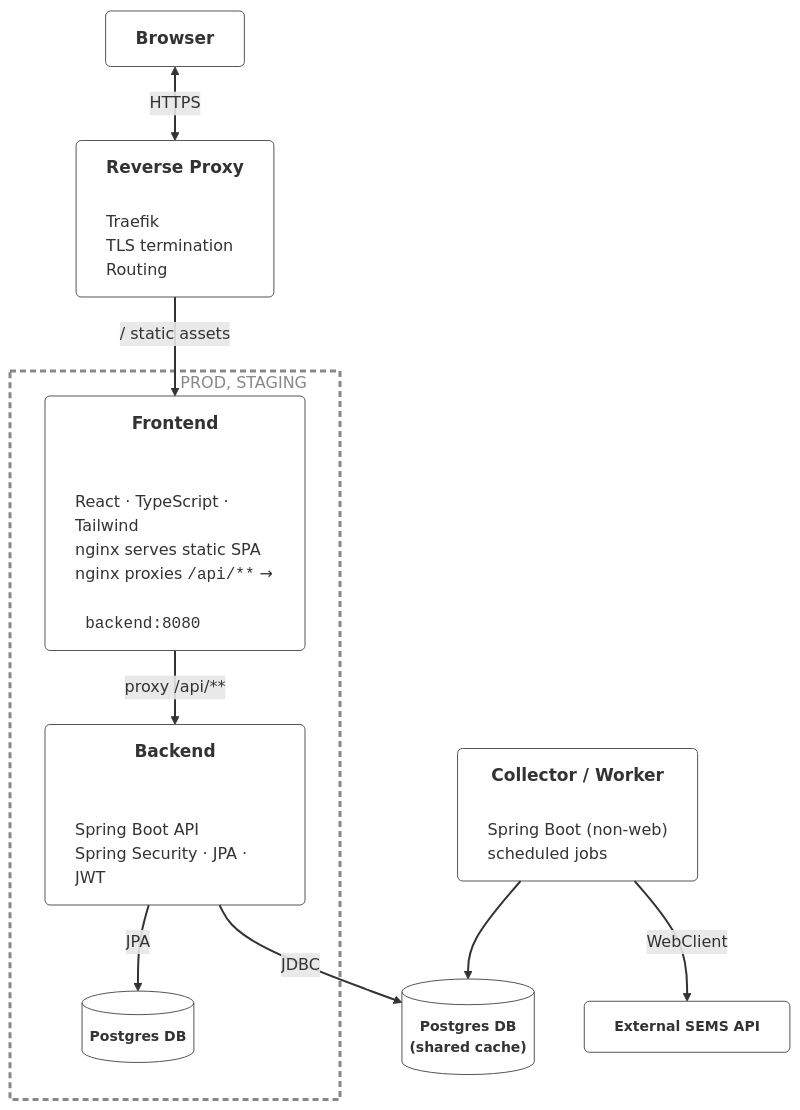
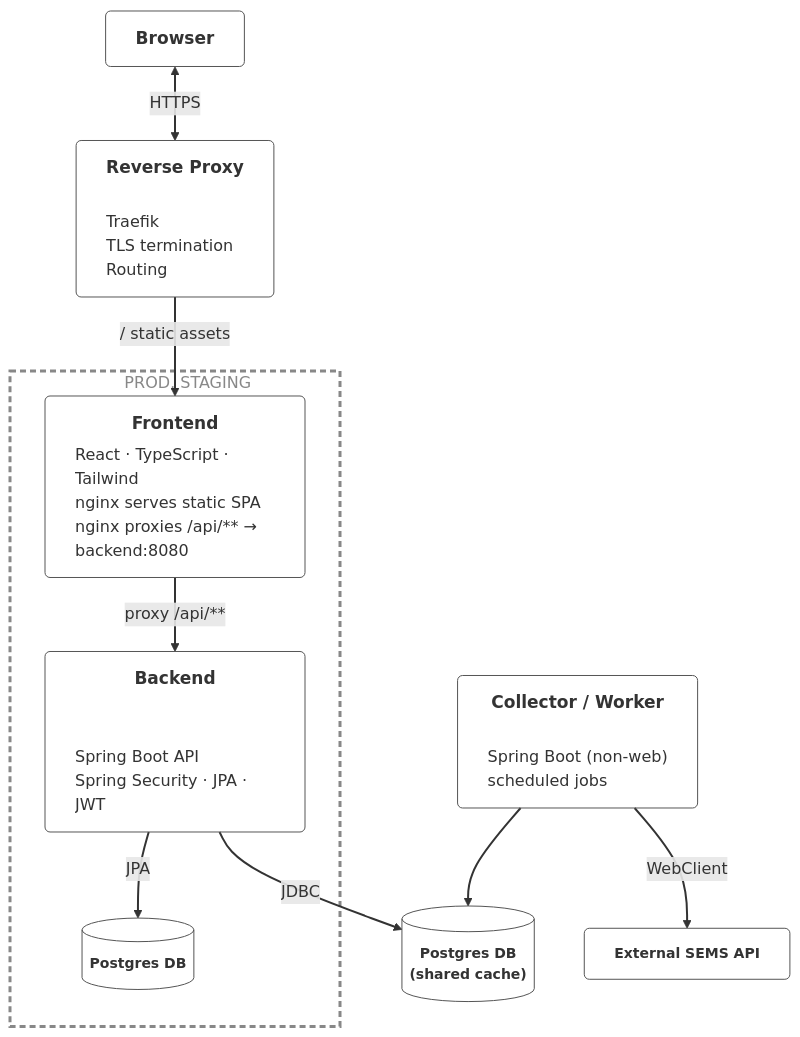
One commit to MarkusDunkel/homewatts changed the diagram in README.md. Above: the diagram before and after it, drawn with Mermaid.

````diff
--- a/README.md
+++ b/README.md
@@ -33,53 +33,52 @@
 ```mermaid
 %%{init: { 
   "flowchart": { "curve": "basis", "htmlLabels": true }
 }}%%
 graph TD
 
   B["<div style='text-align:center;font-size:17px;color:hsl(var(--foreground))'><b>Browser</b></div>"]
 
   RP["<div style='text-align:center;font-size:17px;color:hsl(var(--foreground));margin-bottom:5px'><b>Reverse Proxy</b></div>
   <div style='text-align:left;color:hsl(var(--foreground))'>Traefik<br/>TLS termination<br/>Routing</div>"]
 
-  subgraph PR["&nbsp;&nbsp;&nbsp;&nbsp;&nbsp;&nbsp;&nbsp;&nbsp;&nbsp;&nbsp;&nbsp;&nbsp;&nbsp;&nbsp;&nbsp;&nbsp;&nbsp;&nbsp;&nbsp;&nbsp;&nbsp;&nbsp;&nbsp;&nbsp;&nbsp;&nbsp;&nbsp;PROD, STAGING"]
+  subgraph PR["&nbsp;&nbsp;&nbsp;&nbsp;&nbsp;PROD, STAGING"]
 
-  FE["<div style='text-align:center;font-size:17px;color:hsl(var(--foreground));margin-bottom:5px'><b>Frontend</b></div>
-  <div style='text-align:left;color:hsl(var(--foreground))'>React · TypeScript · Tailwind<br/>nginx serves static SPA<br/>nginx proxies <code>/api/**</code> →<br/>
-  <code>backend:8080</code></div>"]
+  FE["<div style='text-align:center;font-size:17px;color:hsl(var(--foreground));margin-bottom:-42px'><b>Frontend</b></div>
+  <div style='text-align:left;color:hsl(var(--foreground))'>React · TypeScript · Tailwind<br/>nginx serves static SPA<br/>nginx proxies /api/** →<br/>backend:8080</div>"]
 
   BE["<div style='text-align:center;font-size:17px;color:hsl(var(--foreground));margin-bottom:5px'><b>Backend</b></div>
   <div style='text-align:left;color:hsl(var(--foreground))'>Spring Boot API<br/>Spring Security · JPA · JWT</div>"]
   
   DB[("<div style='text-align:center;font-size:14px;color:hsl(var(--foreground))'><b>Postgres DB</b></div>")]
   end
   
   WRK["<div style='text-align:center;font-size:17px;color:hsl(var(--foreground));margin-bottom:5px'><b>Collector / Worker</b></div>
   <div style='text-align:left;color:hsl(var(--foreground))'>Spring Boot (non-web)<br/>scheduled jobs</div>"]
   
   DBC[("<div style='text-align:center;font-size:14px;color:hsl(var(--foreground))'><b>Postgres DB <br/>(shared cache)</b></div>")]
   
   EX["<div style='text-align:center;font-size:14px;color:hsl(var(--foreground))'><b>External SEMS API</b></div>"]
   
   %% --- FLOWS ---
   WRK --> DBC
   B <-->|HTTPS| RP
   RP -->|"/" static assets| FE
   FE -->|proxy /api/**| BE
   BE -->|JPA| DB
   WRK -->|WebClient| EX
   BE --> |JDBC| DBC
   
 
   %% --- CLASS DEFINITIONS ---
   classDef rounded fill:transparent,stroke:#555,stroke-width:1px,rx:5,ry:5
   class FE,BE,WRK,RP,B,EX rounded
   classDef db fill:transparent,stroke:#555,stroke-width:1px
 
   class DBC db
   class DB db
 
   style PR fill:transparent,stroke:#888,stroke-width:3px,stroke-dasharray:6 4,color:#888
 
   %% --- STYLING ALL ARROWS ---
   linkStyle default stroke-width:2px,fill:none
 ```
````
